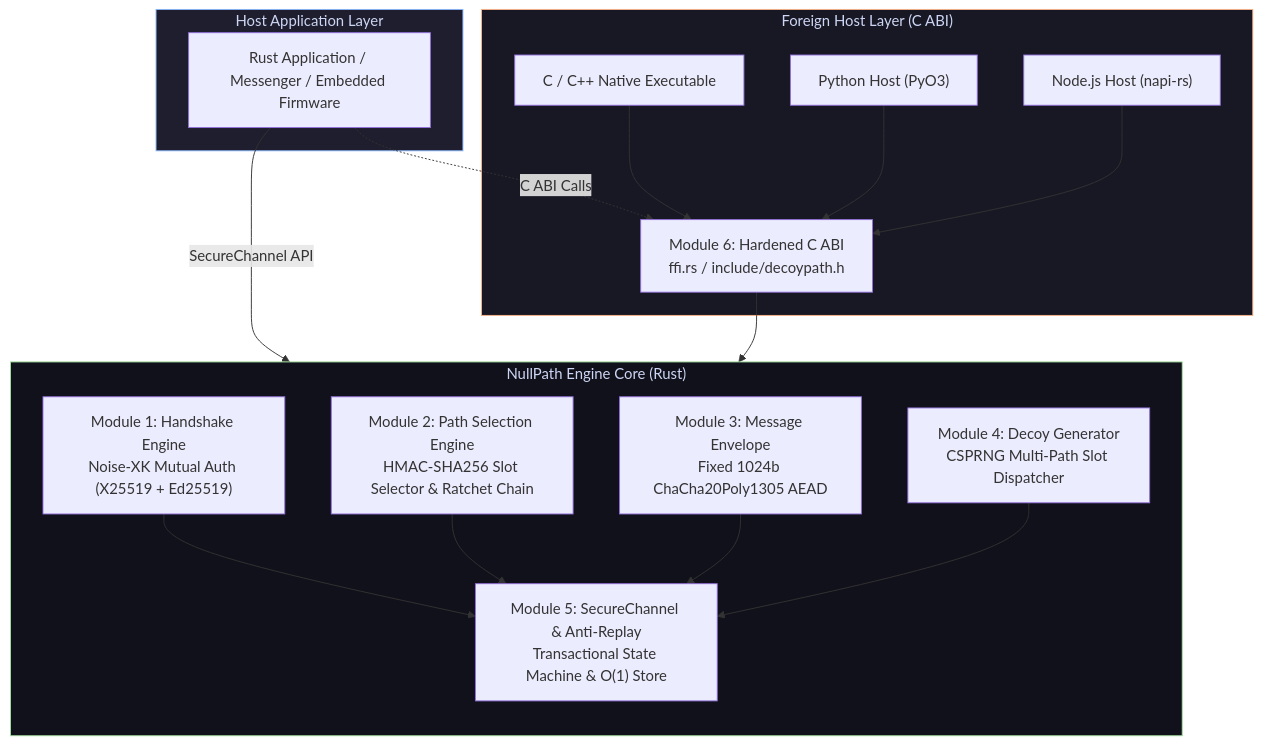
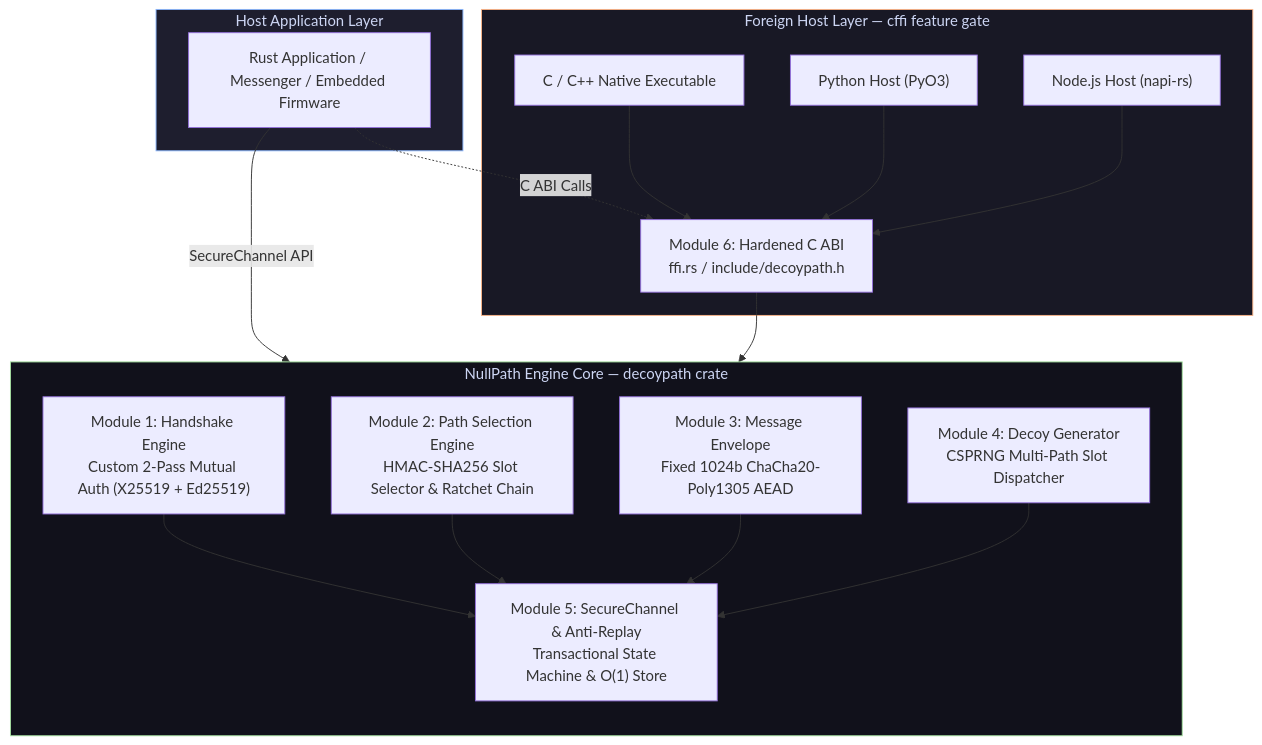
The first of 4 diagrams in README.md (aimuhammadabuzarqureshi-cloud/NullPath), drawn with Mermaid before and after one commit. The commit also changed other lines of this file and 10 other files, not shown here.

Commit message:
Fix all review items: restore volatile-write zeroization, correct README claims, unify NullPath branding, gate FFI behind cffi feature, fix image extensions, remove fabricated benchmarks and Noise-XK mislabel

````diff
--- a/README.md
+++ b/README.md
@@ -91,38 +90,38 @@
 ```mermaid
 graph TB
     subgraph App["Host Application Layer"]
         A["Rust Application / Messenger / Embedded Firmware"]
     end
 
-    subgraph Core["NullPath Engine Core (Rust)"]
+    subgraph Core["NullPath Engine Core — decoypath crate"]
         direction TB
-        M1["Module 1: Handshake Engine<br/>Noise-XK Mutual Auth (X25519 + Ed25519)"]
+        M1["Module 1: Handshake Engine<br/>Custom 2-Pass Mutual Auth (X25519 + Ed25519)"]
         M2["Module 2: Path Selection Engine<br/>HMAC-SHA256 Slot Selector & Ratchet Chain"]
-        M3["Module 3: Message Envelope<br/>Fixed 1024b ChaCha20Poly1305 AEAD"]
+        M3["Module 3: Message Envelope<br/>Fixed 1024b ChaCha20-Poly1305 AEAD"]
         M4["Module 4: Decoy Generator<br/>CSPRNG Multi-Path Slot Dispatcher"]
         M5["Module 5: SecureChannel & Anti-Replay<br/>Transactional State Machine & O(1) Store"]
     end
 
-    subgraph ABI["Foreign Host Layer (C ABI)"]
+    subgraph ABI["Foreign Host Layer — cffi feature gate"]
         M6["Module 6: Hardened C ABI<br/>ffi.rs / include/decoypath.h"]
         C_APP["C / C++ Native Executable"]
         PY_APP["Python Host (PyO3)"]
         NODE_APP["Node.js Host (napi-rs)"]
     end
 
     A -->|SecureChannel API| M5
     A -.->|C ABI Calls| M6
     M6 --> M5
     C_APP --> M6
     PY_APP --> M6
     NODE_APP --> M6
 
     M1 --> M5
     M2 --> M5
     M3 --> M5
     M4 --> M5
 
     style App fill:#1E1E2E,stroke:#89B4FA,color:#CDD6F4
     style Core fill:#11111B,stroke:#A6E3A1,color:#CDD6F4
     style ABI fill:#181825,stroke:#FAB387,color:#CDD6F4
 ```
````
